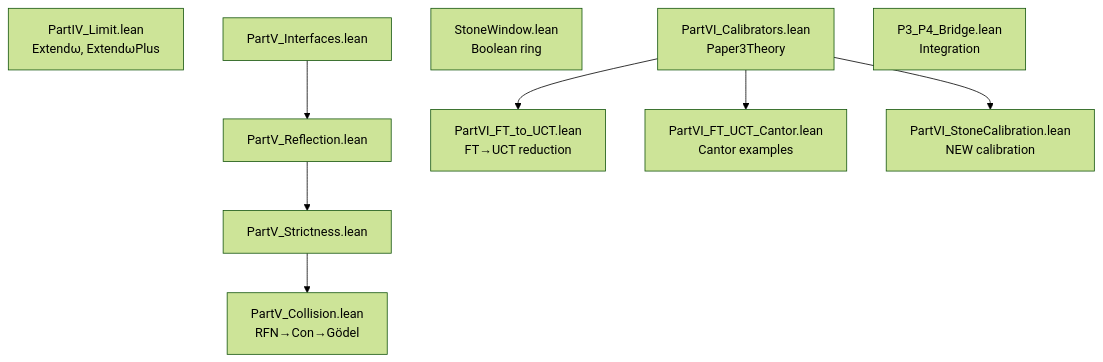
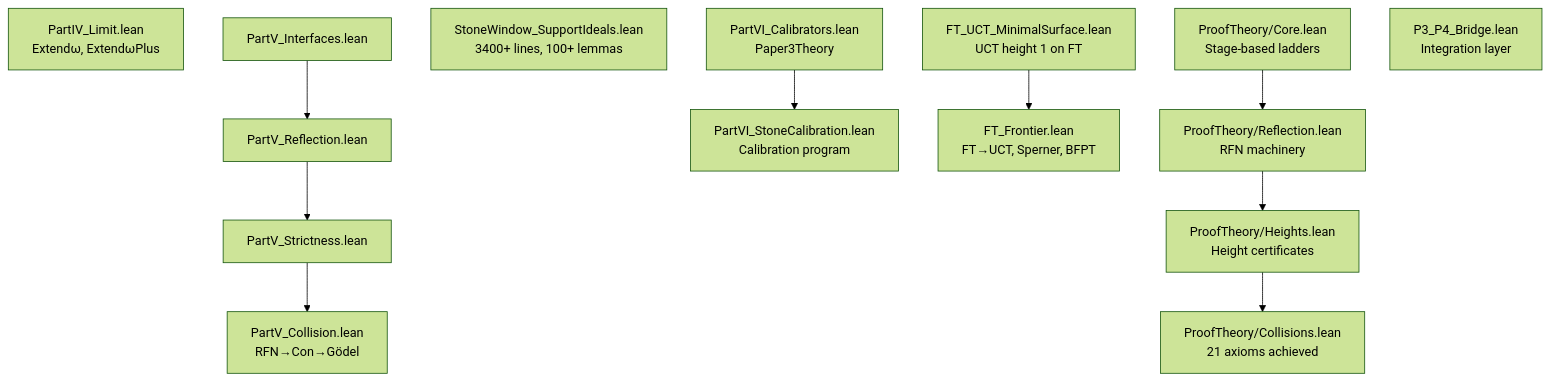
Before and after one commit to AICardiologist/FoundationRelativity: the third of 4 diagrams in Papers/P3_2CatFramework/documentation/dependency-chart.md, drawn with Mermaid (forest theme). The commit also changed other lines of this file and 13 other files, not shown here.

````diff
--- a/Papers/P3_2CatFramework/documentation/dependency-chart.md
+++ b/Papers/P3_2CatFramework/documentation/dependency-chart.md
@@ -162,30 +180,41 @@
 ```mermaid
 graph TD
     %% Part IV
     Limit[PartIV_Limit.lean<br/>Extendω, ExtendωPlus]
     
     %% Part V
     Interfaces[PartV_Interfaces.lean]
     Reflection[PartV_Reflection.lean]
     Strictness[PartV_Strictness.lean]
     Collision[PartV_Collision.lean<br/>RFN→Con→Gödel]
     
-    %% Part VI
-    StoneWindow[StoneWindow.lean<br/>Boolean ring]
+    %% Part VI - Stone Window
+    StoneWindow[StoneWindow_SupportIdeals.lean<br/>3400+ lines, 100+ lemmas]
     Calibrators[PartVI_Calibrators.lean<br/>Paper3Theory]
-    FT_UCT[PartVI_FT_to_UCT.lean<br/>FT→UCT reduction]
-    FT_Cantor[PartVI_FT_UCT_Cantor.lean<br/>Cantor examples]
-    StoneCal[PartVI_StoneCalibration.lean<br/>NEW calibration]
+    StoneCal[PartVI_StoneCalibration.lean<br/>Calibration program]
+    
+    %% FT/UCT Axis
+    FT_UCT[FT_UCT_MinimalSurface.lean<br/>UCT height 1 on FT]
+    FT_Frontier[FT_Frontier.lean<br/>FT→UCT, Sperner, BFPT]
+    
+    %% Paper 3B ProofTheory
+    PT_Core[ProofTheory/Core.lean<br/>Stage-based ladders]
+    PT_Ref[ProofTheory/Reflection.lean<br/>RFN machinery]
+    PT_Heights[ProofTheory/Heights.lean<br/>Height certificates]
+    PT_Coll[ProofTheory/Collisions.lean<br/>21 axioms achieved]
     
     %% P3-P4 Bridge
-    Bridge[P3_P4_Bridge.lean<br/>Integration]
+    Bridge[P3_P4_Bridge.lean<br/>Integration layer]
     
     %% Dependencies
     Interfaces --> Reflection
     Reflection --> Strictness
     Strictness --> Collision
     
-    Calibrators --> FT_UCT
-    Calibrators --> FT_Cantor
     Calibrators --> StoneCal
+    FT_UCT --> FT_Frontier
+    
+    PT_Core --> PT_Ref
+    PT_Ref --> PT_Heights
+    PT_Heights --> PT_Coll
 ```
````
